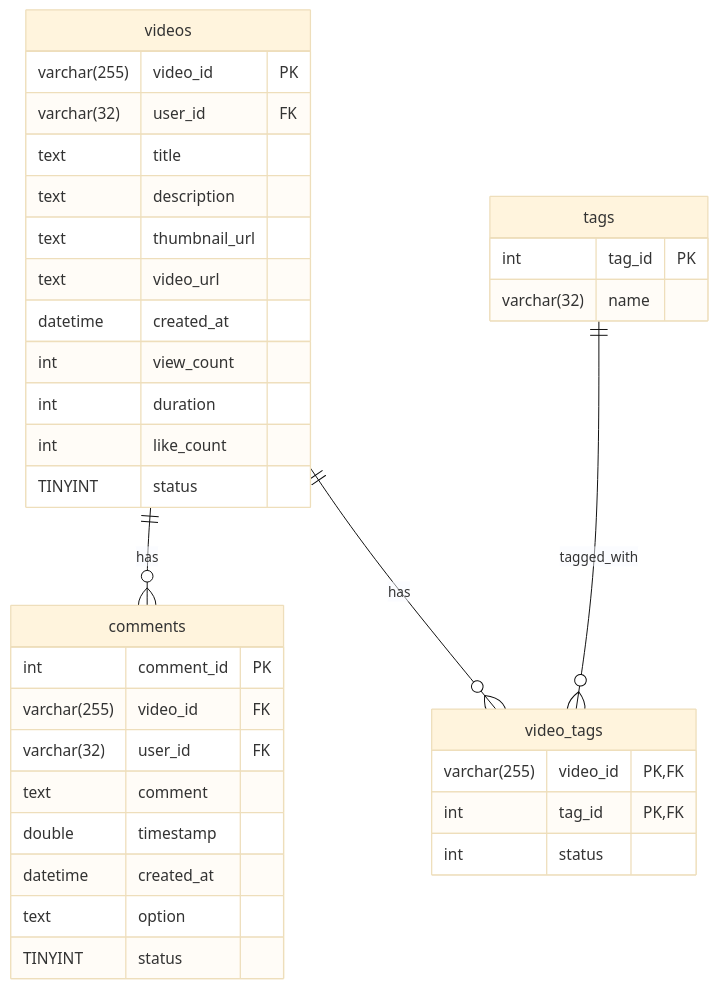
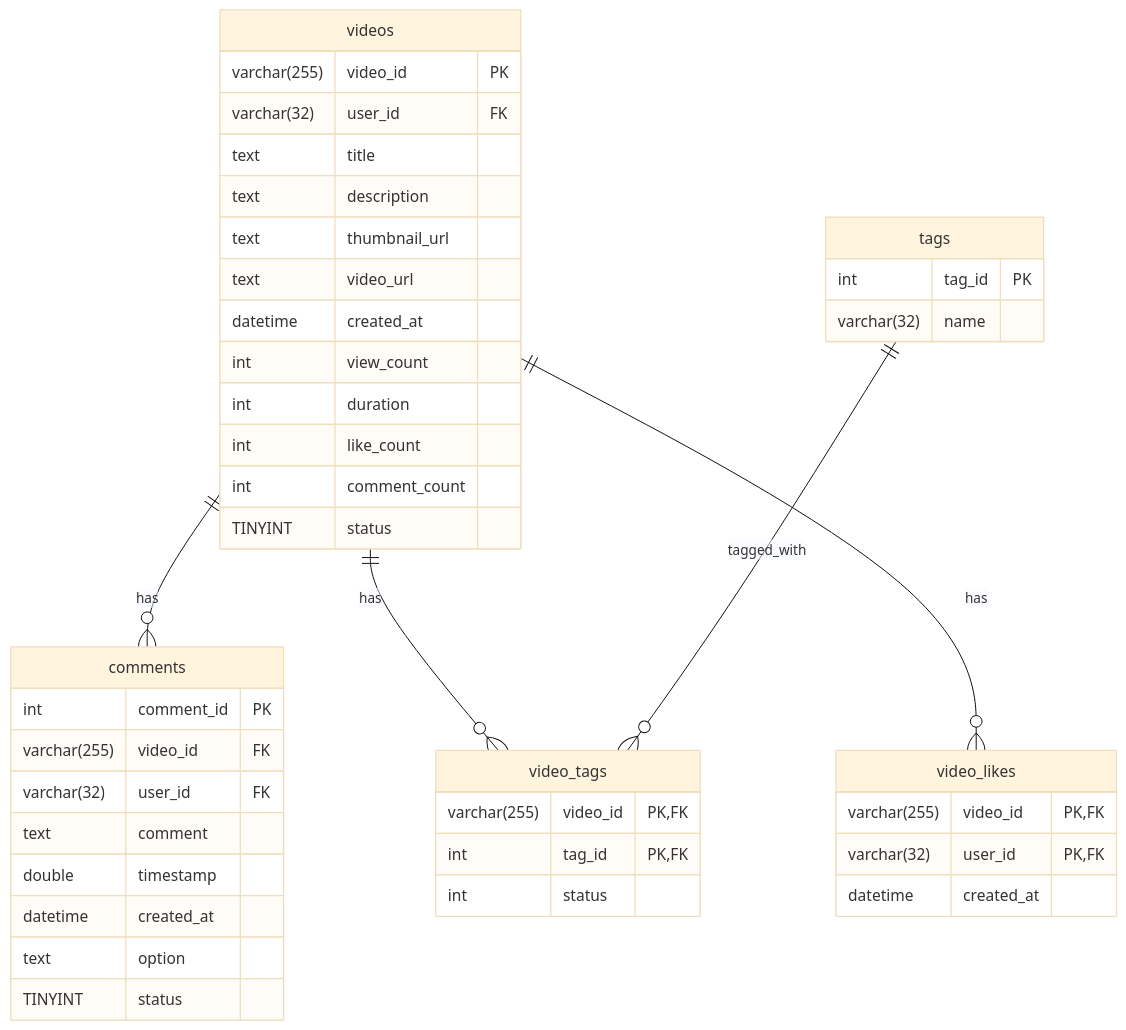
The diagram in docs/schema.md (UnABC/playbacQ), drawn with Mermaid (base theme) before and after one commit. The commit also changed 11 other files, not shown here.

````diff
--- a/docs/schema.md
+++ b/docs/schema.md
@@ -3,41 +3,49 @@
 ```mermaid
 erDiagram  
   videos {
 	varchar(255) video_id PK
 	varchar(32) user_id FK
 	text title
 	text description
 	text thumbnail_url
 	text video_url
 	datetime created_at
 	int view_count
 	int duration
 	int like_count
+	int comment_count
 	TINYINT status
   }
   comments {
 	int comment_id PK
 	varchar(255) video_id FK
 	varchar(32) user_id FK
 	text comment
 	double timestamp
 	datetime created_at
 	text option
 	TINYINT status
+  }
+
+  video_likes {
+	varchar(255) video_id PK,FK
+	varchar(32) user_id PK,FK
+	datetime created_at
   }
   
   tags {
 	int tag_id PK
 	varchar(32) name
   }
 
   video_tags {
 	varchar(255) video_id PK,FK
 	int tag_id PK,FK
 	int status
   }
   
   videos||--o{comments : has
   videos||--o{video_tags : has
   tags||--o{video_tags : tagged_with
+  videos||--o{video_likes : has
 ```
````
